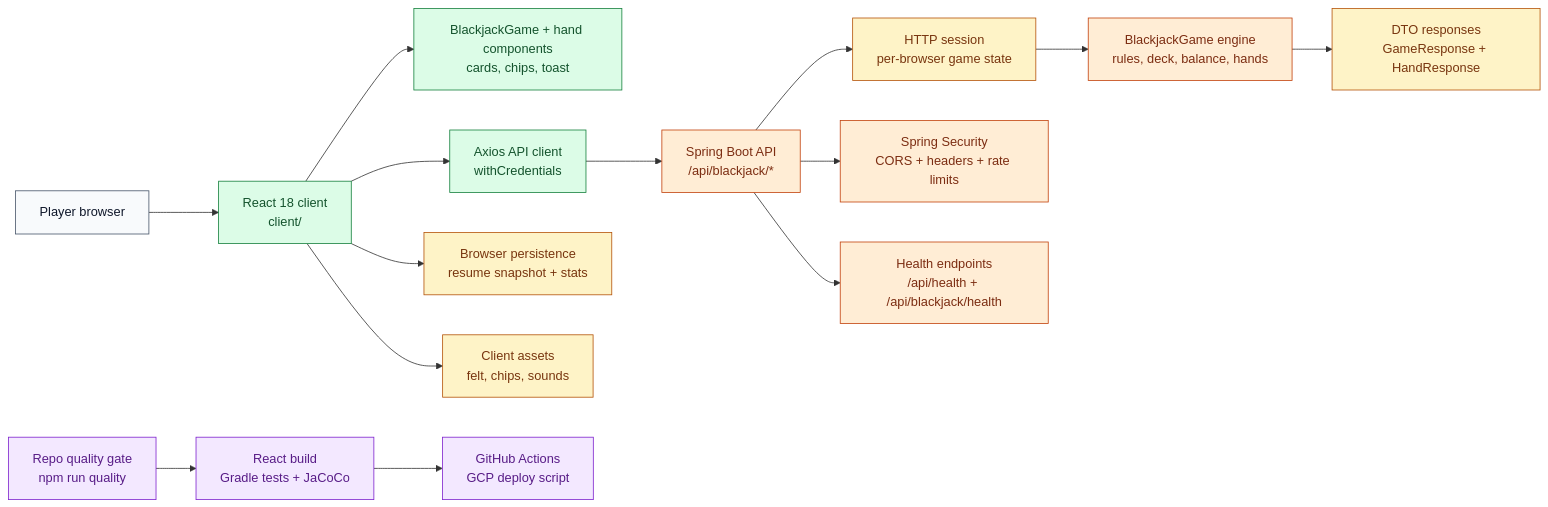
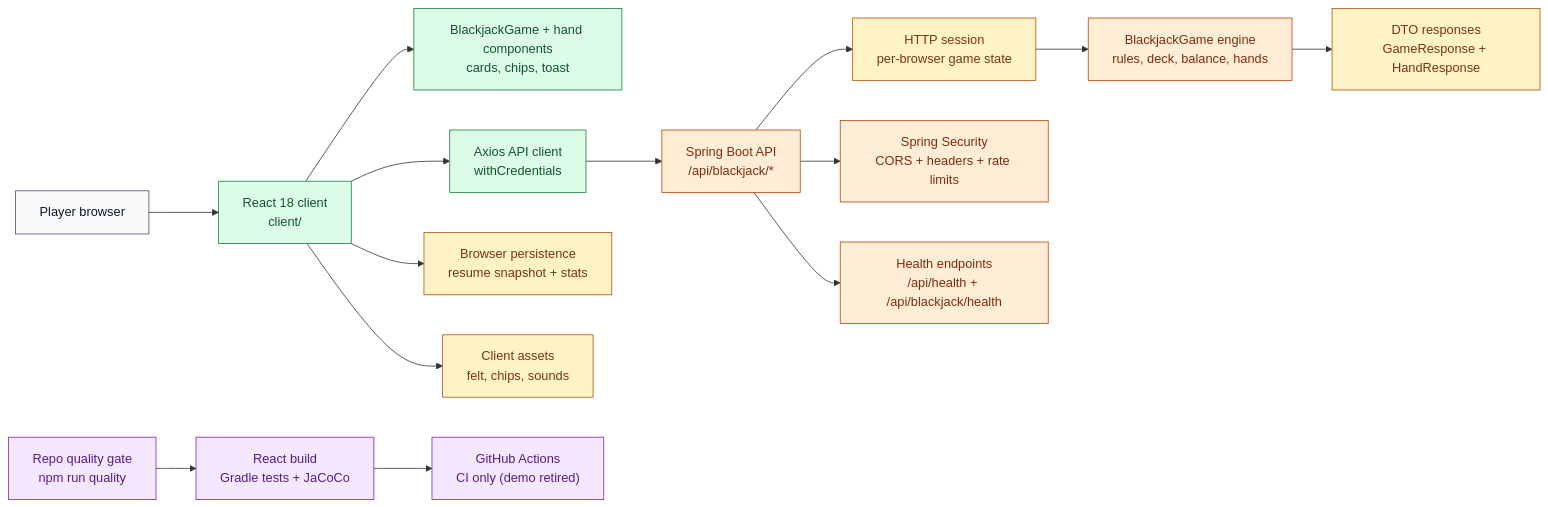
Before and after one commit to natezimm/blackjack: the first of 2 diagrams in docs/architecture.md, drawn with Mermaid. The commit also changed other lines of this file and 4 other files, not shown here.

First line of the commit message:
Remove the GCP deploy job now that the demo is retired

````diff
--- a/docs/architecture.md
+++ b/docs/architecture.md
@@ -9,30 +9,30 @@
 ```mermaid
 flowchart LR
   Player["Player browser"] --> Client["React 18 client<br/>client/"]
   Client --> GameUI["BlackjackGame + hand components<br/>cards, chips, toast"]
   Client --> ApiClient["Axios API client<br/>withCredentials"]
   Client --> BrowserState["Browser persistence<br/>resume snapshot + stats"]
   Client --> Assets["Client assets<br/>felt, chips, sounds"]
   ApiClient --> Controller["Spring Boot API<br/>/api/blackjack/*"]
   Controller --> Session["HTTP session<br/>per-browser game state"]
   Session --> Engine["BlackjackGame engine<br/>rules, deck, balance, hands"]
   Engine --> DTOs["DTO responses<br/>GameResponse + HandResponse"]
   Controller --> Security["Spring Security<br/>CORS + headers + rate limits"]
   Controller --> Health["Health endpoints<br/>/api/health + /api/blackjack/health"]
   Repo["Repo quality gate<br/>npm run quality"] --> Builds["React build<br/>Gradle tests + JaCoCo"]
-  Builds --> Deploy["GitHub Actions<br/>GCP deploy script"]
+  Builds --> CI["GitHub Actions<br/>CI only (demo retired)"]
 
   classDef user fill:#f8fafc,stroke:#475569,color:#0f172a
   classDef site fill:#e0f2fe,stroke:#0369a1,color:#0c4a6e
   classDef server fill:#ffedd5,stroke:#c2410c,color:#7c2d12
   classDef repo fill:#eef2ff,stroke:#4338ca,color:#312e81
   classDef client fill:#dcfce7,stroke:#15803d,color:#14532d
   classDef data fill:#fef3c7,stroke:#b45309,color:#78350f
   classDef delivery fill:#f3e8ff,stroke:#7e22ce,color:#581c87
   classDef external fill:#fee2e2,stroke:#b91c1c,color:#7f1d1d
   class Player user
   class Client,GameUI,ApiClient client
   class Controller,Engine,Security,Health server
   class BrowserState,Assets,Session,DTOs data
-  class Repo,Builds,Deploy delivery
+  class Repo,Builds,CI delivery
 ```
````
